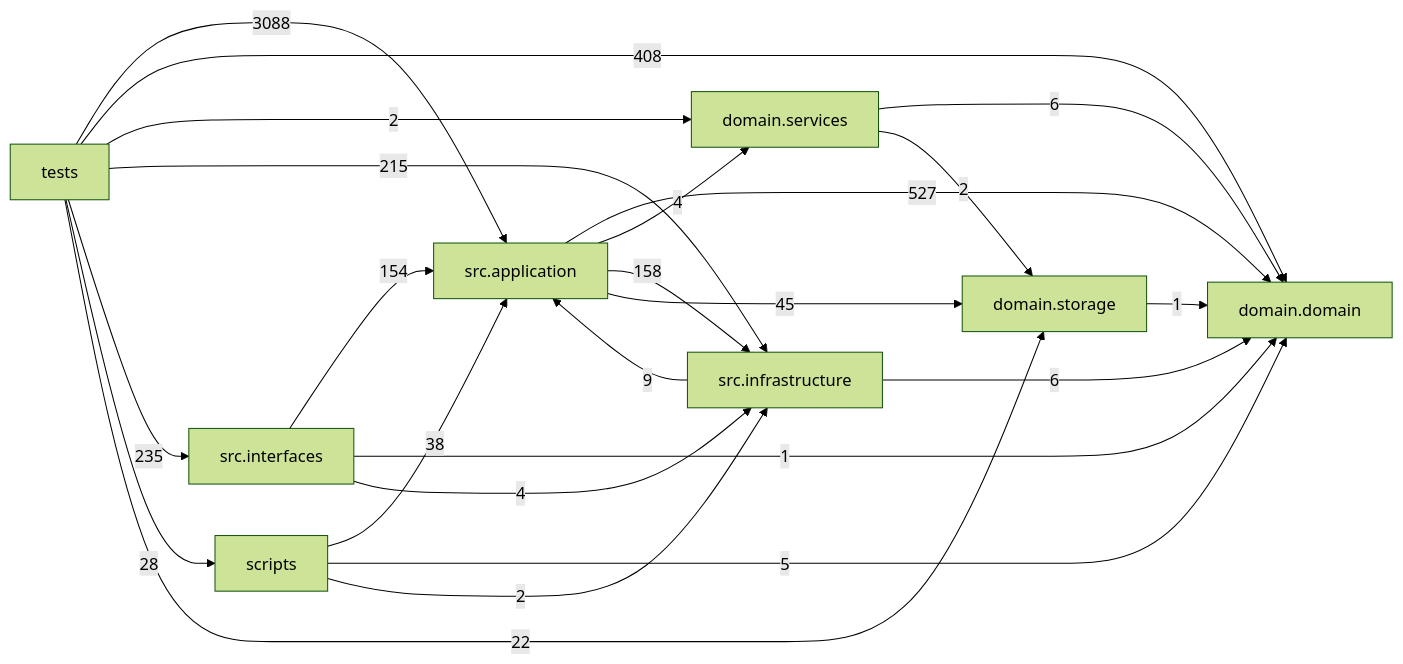
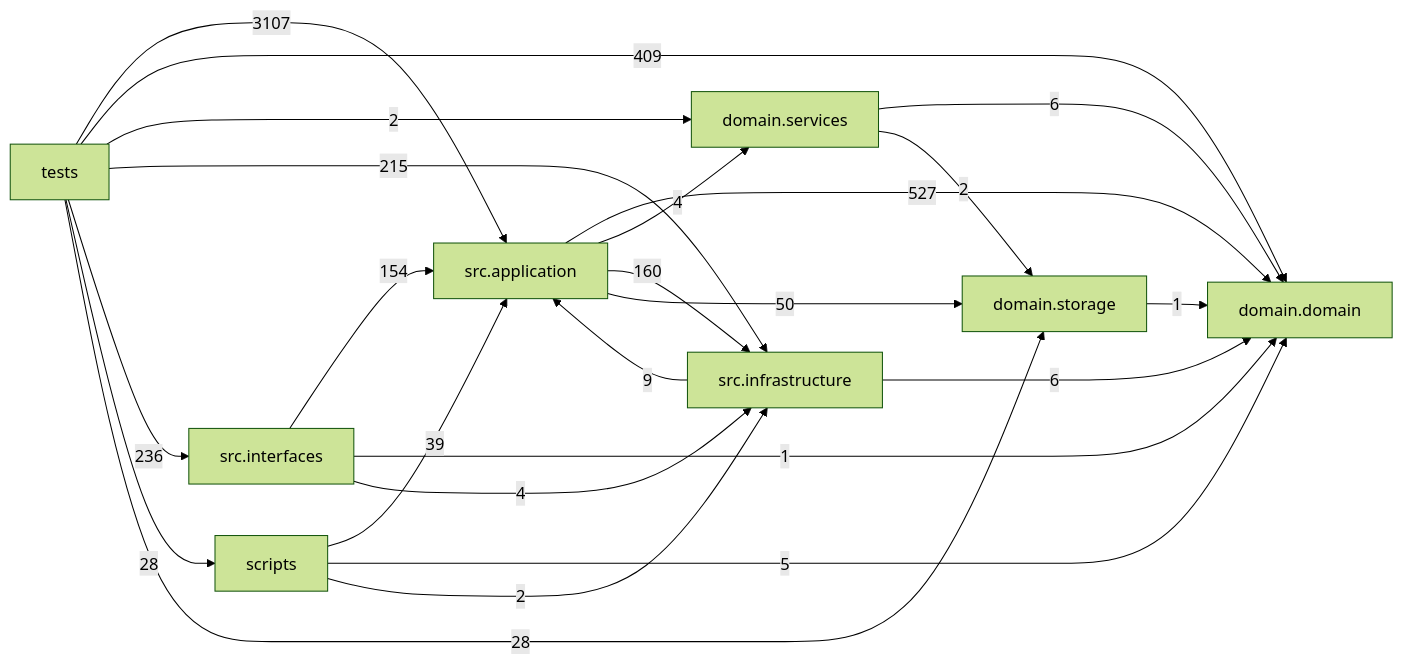
The diagram in docs/DEPENDENCY_GRAPH.md (liuxie066/options-monitor), drawn with Mermaid (forest theme) before and after one commit. The commit also changed other lines of this file and 43 other files, not shown here.

````diff
--- a/docs/DEPENDENCY_GRAPH.md
+++ b/docs/DEPENDENCY_GRAPH.md
@@ -24,33 +24,33 @@
 ```mermaid
 flowchart LR
   tests["tests"]
   scripts["scripts"]
   interfaces["src.interfaces"]
   application["src.application"]
   infrastructure["src.infrastructure"]
   domain_services["domain.services"]
   domain["domain.domain"]
   storage["domain.storage"]
   application -->|527| domain
   application -->|4| domain_services
-  application -->|158| infrastructure
-  application -->|45| storage
+  application -->|160| infrastructure
+  application -->|50| storage
   domain_services -->|6| domain
   domain_services -->|2| storage
   infrastructure -->|9| application
   infrastructure -->|6| domain
   interfaces -->|154| application
   interfaces -->|1| domain
   interfaces -->|4| infrastructure
-  scripts -->|38| application
+  scripts -->|39| application
   scripts -->|5| domain
   scripts -->|2| infrastructure
   storage -->|1| domain
-  tests -->|3088| application
-  tests -->|408| domain
+  tests -->|3107| application
+  tests -->|409| domain
   tests -->|2| domain_services
   tests -->|215| infrastructure
-  tests -->|235| interfaces
+  tests -->|236| interfaces
   tests -->|28| scripts
-  tests -->|22| storage
+  tests -->|28| storage
 ```
````
